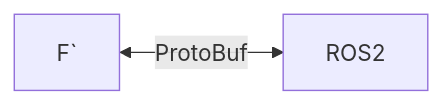
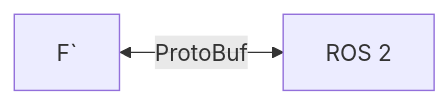
Before and after one commit to lulav/ros2_fprime_bridge: the diagram in README.md, drawn with Mermaid. The commit also changed other lines of this file and 15 other files, not shown here.

````diff
--- a/README.md
+++ b/README.md
@@ -5,4 +5,4 @@
 ```mermaid
 flowchart LR
-A[F`] <--> |ProtoBuf| B[ROS2]
+A[F`] <--> |ProtoBuf| B[ROS 2]
 ```
````
